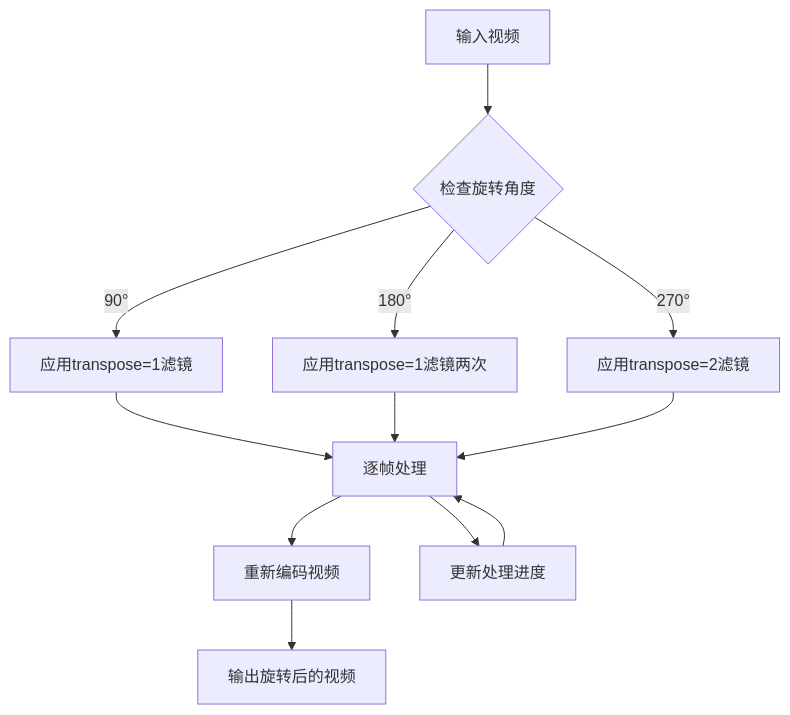
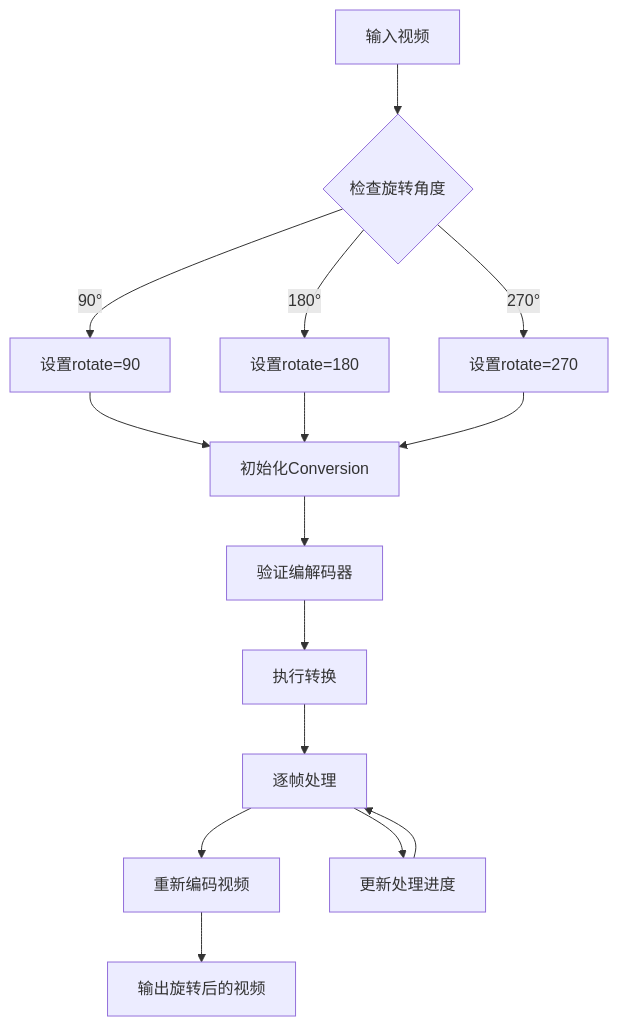
One commit to sgyy/privadeck changed the sixth of 8 diagrams in .qoder/repowiki/zh/content/视频工具/视频旋转工具.md. Above: the diagram before and after it, drawn with Mermaid. The commit also changed other lines of this file and 3 other files, not shown here.

First line of the commit message:
feat(image-crop): 升级图像裁剪工具到 react-advanced-cropper

````diff
--- a/.qoder/repowiki/zh/content/视频工具/视频旋转工具.md
+++ b/.qoder/repowiki/zh/content/视频工具/视频旋转工具.md
@@ -207,14 +268,17 @@
 ```mermaid
 flowchart TD
 InputVideo[输入视频] --> CheckAngle{"检查旋转角度"}
-CheckAngle --> |90°| Transpose1["应用transpose=1滤镜"]
-CheckAngle --> |180°| Transpose2["应用transpose=1滤镜两次"]
-CheckAngle --> |270°| Transpose3["应用transpose=2滤镜"]
-Transpose1 --> ProcessFrame["逐帧处理"]
-Transpose2 --> ProcessFrame
-Transpose3 --> ProcessFrame
+CheckAngle --> |90°| Rotate90["设置rotate=90"]
+CheckAngle --> |180°| Rotate180["设置rotate=180"]
+CheckAngle --> |270°| Rotate270["设置rotate=270"]
+Rotate90 --> InitConversion["初始化Conversion"]
+Rotate180 --> InitConversion
+Rotate270 --> InitConversion
+InitConversion --> ValidateTracks["验证编解码器"]
+ValidateTracks --> Execute["执行转换"]
+Execute --> ProcessFrame["逐帧处理"]
 ProcessFrame --> Reencode["重新编码视频"]
 Reencode --> OutputVideo[输出旋转后的视频]
 ProcessFrame --> UpdateProgress["更新处理进度"]
 UpdateProgress --> ProcessFrame
 ```
````
